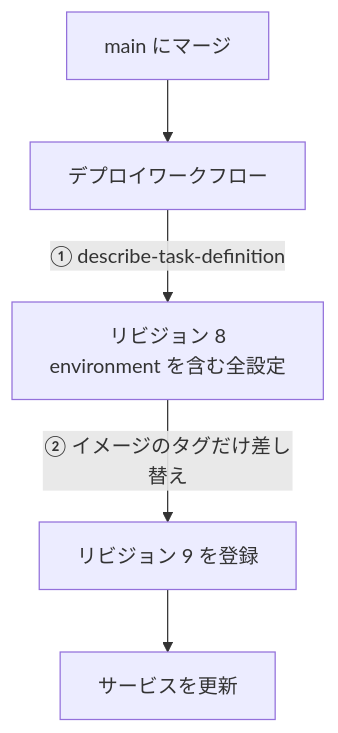
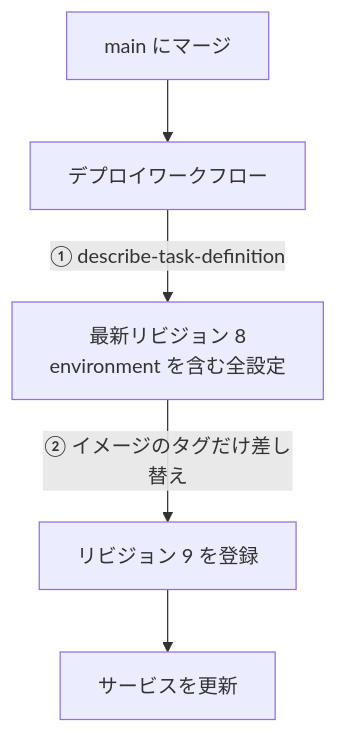
Before and after one commit to jovid18/show-gi: the second of 2 diagrams in articles/showgi-green-deploy-broken-game.md, drawn with Mermaid. The commit also changed other lines of this file, not shown here.

````diff
--- a/articles/showgi-green-deploy-broken-game.md
+++ b/articles/showgi-green-deploy-broken-game.md
@@ -141,7 +140,7 @@
 ```mermaid
 flowchart TD
   M["main にマージ"] --> W["デプロイワークフロー"]
-  W -->|"① describe-task-definition"| R8["リビジョン 8<br/>environment を含む全設定"]
+  W -->|"① describe-task-definition"| R8["最新リビジョン 8<br/>environment を含む全設定"]
   R8 -->|"② イメージのタグだけ差し替え"| R9["リビジョン 9 を登録"]
   R9 --> S["サービスを更新"]
 ```
````
